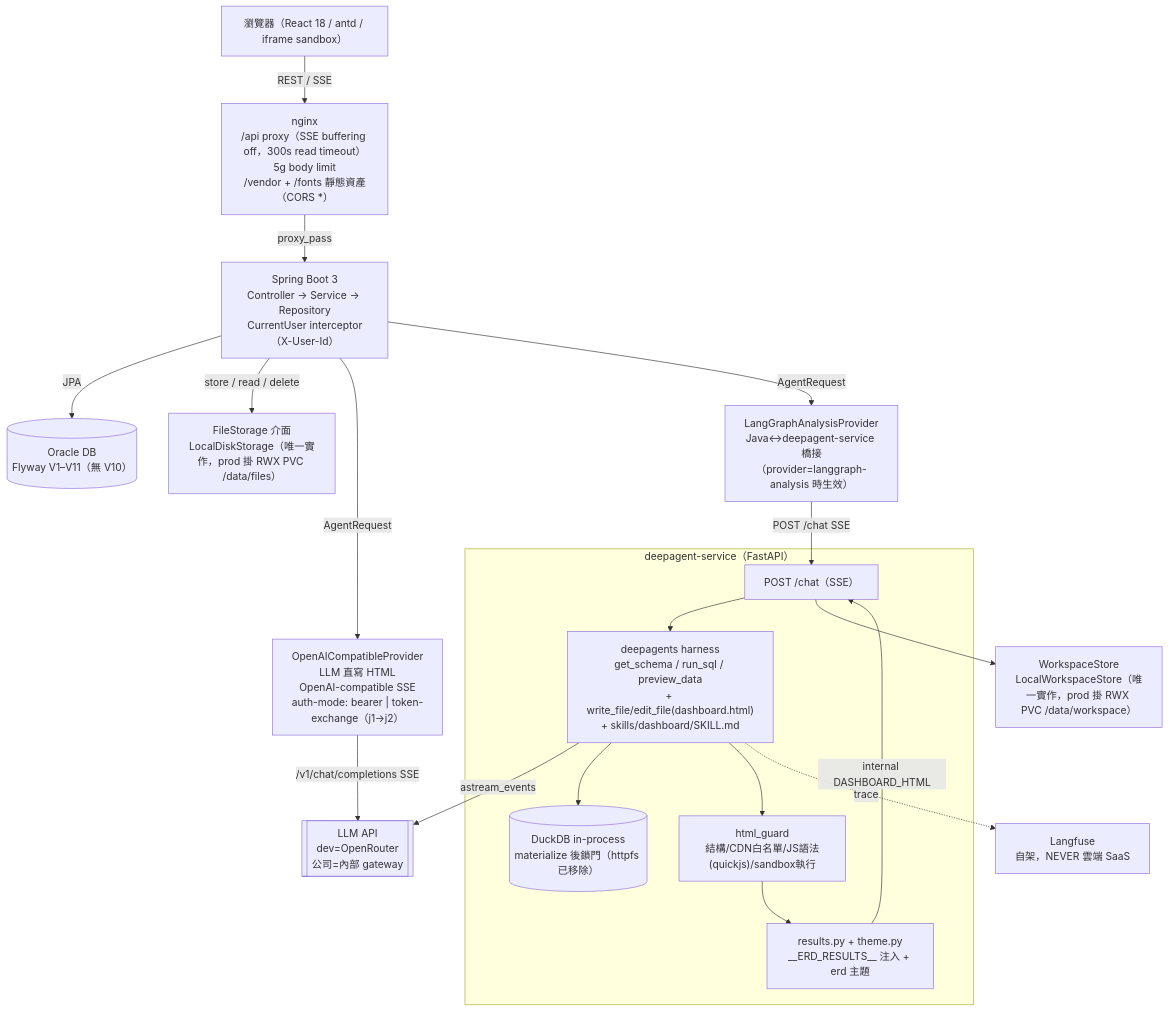
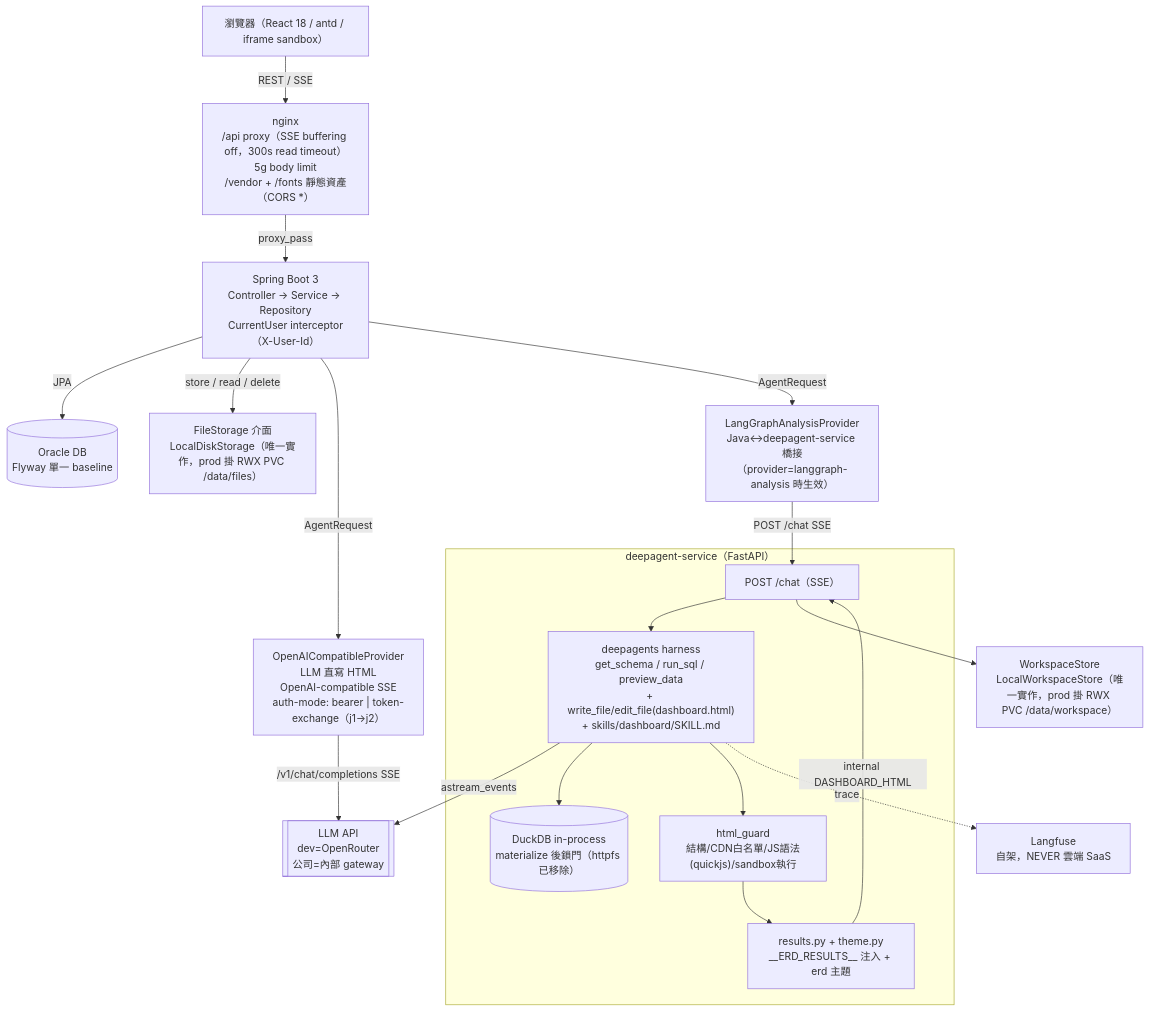
One commit to Michelle12369/cowork changed the first of 4 diagrams in docs/architecture.md. Above: the diagram before and after it, drawn with Mermaid. The commit also changed other lines of this file and 10 other files, not shown here.

````diff
--- a/docs/architecture.md
+++ b/docs/architecture.md
@@ -11,42 +11,42 @@
 ```mermaid
 graph TD
     Browser["瀏覽器（React 18 / antd / iframe sandbox）"]
     Nginx["nginx\n/api proxy（SSE buffering off，300s read timeout）\n5g body limit\n/vendor + /fonts 靜態資產（CORS *）"]
     Spring["Spring Boot 3\nController → Service → Repository\nCurrentUser interceptor（X-User-Id）"]
-    Oracle[("Oracle DB\nFlyway V1–V11（無 V10）")]
+    Oracle[("Oracle DB\nFlyway 單一 baseline")]
     FileStorage["FileStorage 介面\nLocalDiskStorage（唯一實作，prod 掛 RWX PVC /data/files）"]
 
     OpenAICompatible["OpenAICompatibleProvider\nLLM 直寫 HTML\nOpenAI-compatible SSE\nauth-mode: bearer | token-exchange（j1→j2）"]
     LangGraphAnalysis["LangGraphAnalysisProvider\nJava↔deepagent-service 橋接\n（provider=langgraph-analysis 時生效）"]
 
     subgraph DeepAgent["deepagent-service（FastAPI）"]
         FastAPIChat["POST /chat（SSE）"]
         DeepAgentsHarness["deepagents harness\nget_schema / run_sql / preview_data\n+ write_file/edit_file(dashboard.html)\n+ skills/dashboard/SKILL.md"]
         DuckDBEngine[("DuckDB in-process\nmaterialize 後鎖門（httpfs 已移除）")]
         HtmlGuard["html_guard\n結構/CDN白名單/JS語法(quickjs)/sandbox執行"]
         ResultsTheme["results.py + theme.py\n__ERD_RESULTS__ 注入 + erd 主題"]
     end
 
     WorkspaceStore["WorkspaceStore\nLocalWorkspaceStore（唯一實作，prod 掛 RWX PVC /data/workspace）"]
     LLMAPI[["LLM API\ndev=OpenRouter\n公司=內部 gateway"]]
     Langfuse["Langfuse\n自架，NEVER 雲端 SaaS"]
 
     Browser -->|REST / SSE| Nginx
     Nginx -->|proxy_pass| Spring
     Spring -->|JPA| Oracle
     Spring -->|store / read / delete| FileStorage
 
     Spring -->|AgentRequest| OpenAICompatible
     OpenAICompatible -->|/v1/chat/completions SSE| LLMAPI
 
     Spring -->|AgentRequest| LangGraphAnalysis
     LangGraphAnalysis -->|POST /chat SSE| FastAPIChat
     FastAPIChat --> DeepAgentsHarness
     DeepAgentsHarness -->|astream_events| LLMAPI
     DeepAgentsHarness --> DuckDBEngine
     DeepAgentsHarness --> HtmlGuard
     HtmlGuard --> ResultsTheme
     ResultsTheme -->|internal DASHBOARD_HTML| FastAPIChat
     FastAPIChat --> WorkspaceStore
     DeepAgentsHarness -.trace.-> Langfuse
 ```
````
